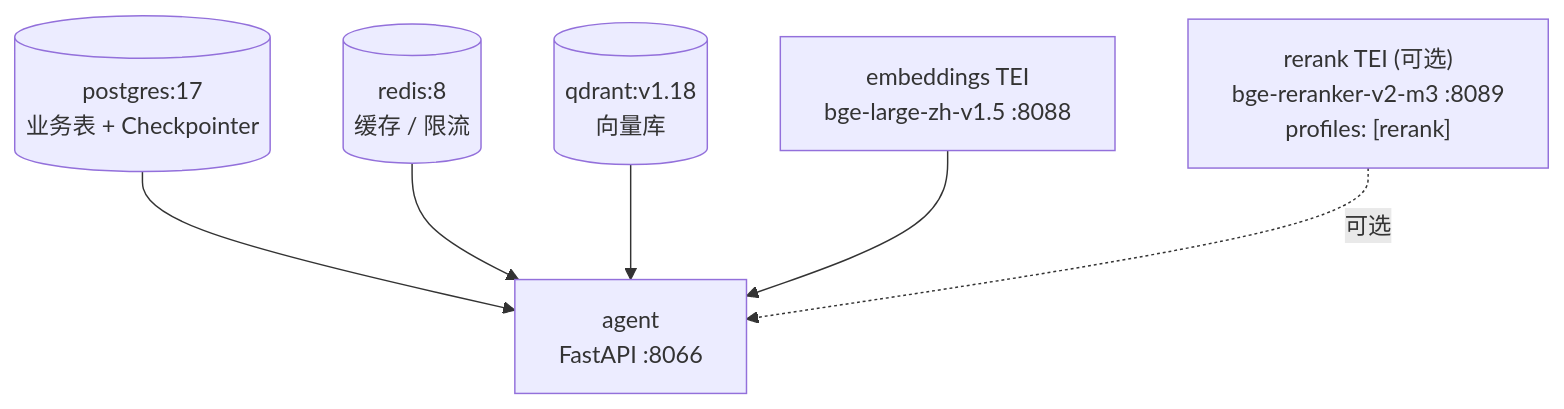
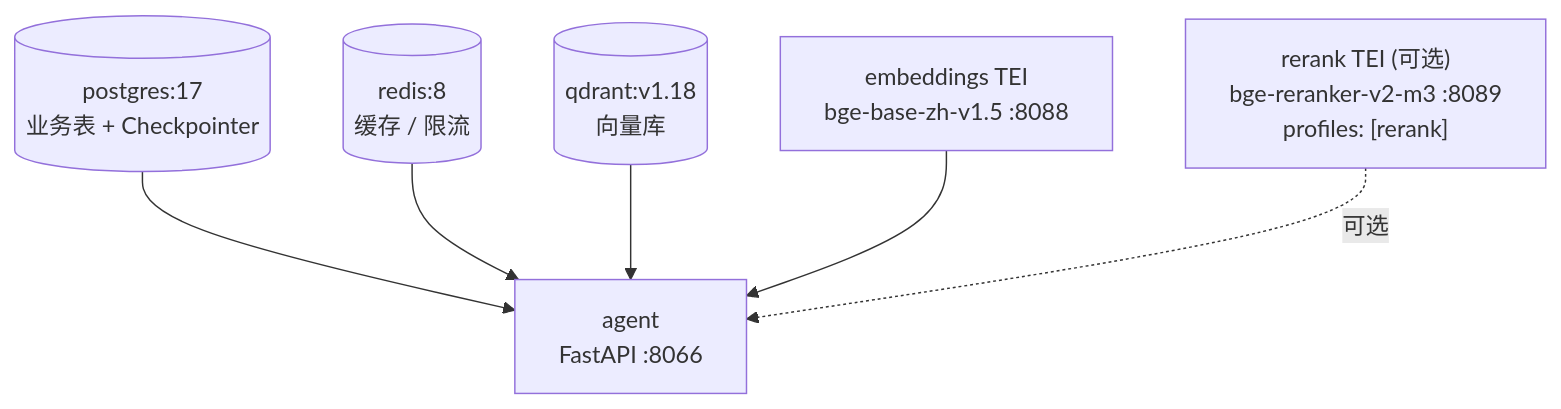
One commit to AgentInsight/agentinsight-researcher changed the eighth of 8 diagrams in docs/architecture.md. Above: the diagram before and after it, drawn with Mermaid. The commit also changed other lines of this file and 55 other files, not shown here.

````diff
--- a/docs/architecture.md
+++ b/docs/architecture.md
@@ -334,15 +334,15 @@
 ```mermaid
 flowchart TD
     PG[("postgres:17<br/>业务表 + Checkpointer")]
     RD[("redis:8<br/>缓存 / 限流")]
     QD[("qdrant:v1.18<br/>向量库")]
-    EB["embeddings TEI<br/>bge-large-zh-v1.5 :8088"]
+    EB["embeddings TEI<br/>bge-base-zh-v1.5 :8088"]
     RB["rerank TEI (可选)<br/>bge-reranker-v2-m3 :8089<br/>profiles: [rerank]"]
     AG["agent<br/>FastAPI :8066"]
 
     PG --> AG
     RD --> AG
     QD --> AG
     EB --> AG
     RB -. 可选 .-> AG
 ```
````
